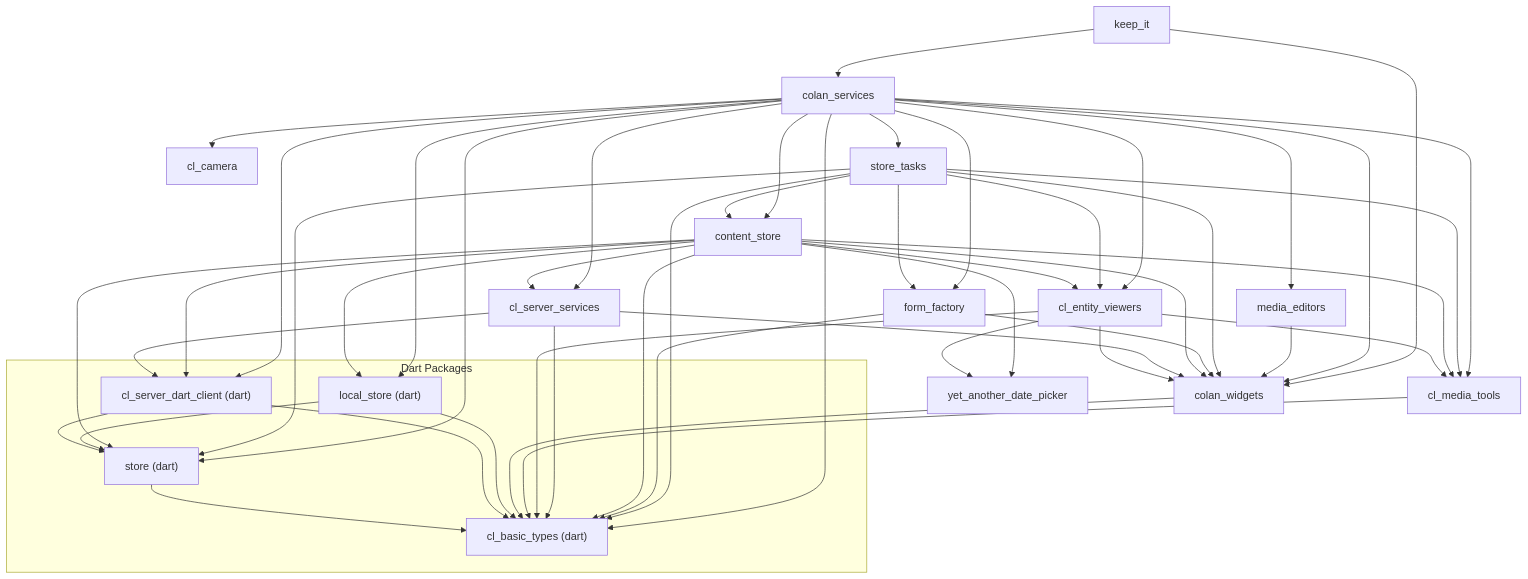
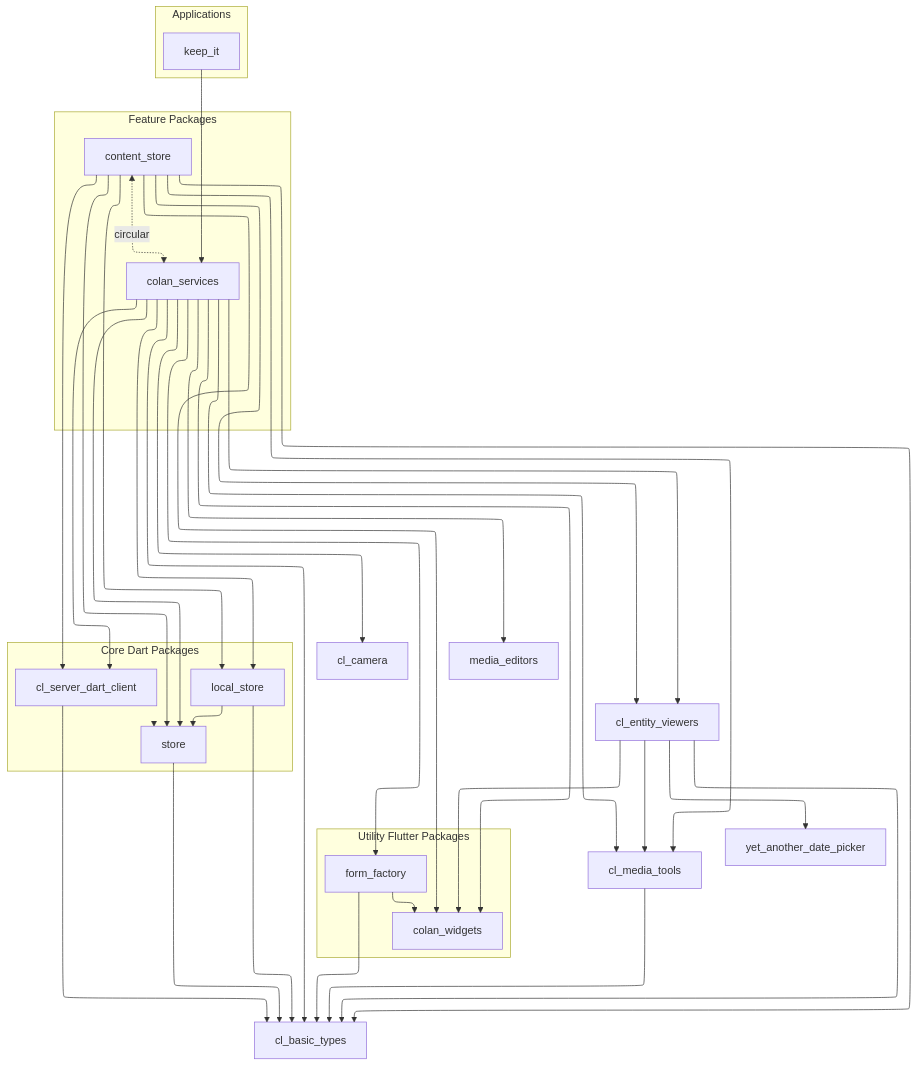
One commit to cloudonlanapps/keep_it_package changed the diagram in docs/keep_it_graph.mmd. Above: the diagram before and after it, drawn with Mermaid.

Commit message:
update graph,

```diff
--- a/docs/keep_it_graph.mmd
+++ b/docs/keep_it_graph.mmd
@@ -1,89 +1,90 @@
+%%{init: {'flowchart': {'defaultRenderer': 'elk'}} }%%
 graph TD
-    subgraph "Dart Packages"
-        dart_client["cl_server_dart_client (dart)"]
-        basic_types["cl_basic_types (dart)"]
-        store_base["store (dart)"]
-        local_store["local_store (dart)"]
+     basic_types["cl_basic_types"]
+    subgraph "Core Dart Packages"
+       
+        store["store"]
+        dart_client["cl_server_dart_client"]
+        local_store["local_store"]
     end
 
-    %% Utility Packages
-    widgets["colan_widgets"]
+    subgraph "Utility Flutter Packages"
+        colan_widgets["colan_widgets"]
+        
+        
+        
+        form_factory["form_factory"]
+        
+    end
+
+    subgraph "Feature Packages"
+        
+        content_store["content_store"]
+        services["colan_services"]
+    end
+
+    subgraph "Applications"
+        keep_it["keep_it"]
+       %%  face_it["face_it_desktop"]
+    end
+    camera["cl_camera"]
+    media_editors["media_editors"]
+    entity_viewers["cl_entity_viewers"]
     media_tools["cl_media_tools"]
-    camera["cl_camera"]
     date_picker["yet_another_date_picker"]
-    form_factory["form_factory"]
-    entity_viewers["cl_entity_viewers"]
-    
-    %% Intermediate Packages
-    cl_server_services["cl_server_services"]
-    content_store["content_store"]
-    store_tasks["store_tasks"]
-    media_editors["media_editors"]
-    services["colan_services"]
 
-    %% Apps
-    keep_it["keep_it"]
 
-    %% Dependencies
-    %% cl_basic_types has no local dependencies
+    %% Core Dependencies
+    store --> basic_types
+    dart_client --> basic_types
+    dart_client --> store
+    local_store --> basic_types
+    local_store --> store
 
-    store_base --> basic_types
+    %% Utility Dependencies
+    media_tools --> basic_types
+    form_factory --> basic_types
+    form_factory --> colan_widgets
 
-    dart_client --> basic_types
-    dart_client --> store_base
-
-    local_store --> basic_types
-    local_store --> store_base
-
-    widgets --> basic_types
-
-    media_tools --> basic_types
-
+    %% Feature Dependencies
     entity_viewers --> basic_types
     entity_viewers --> media_tools
-    entity_viewers --> widgets
+    entity_viewers --> colan_widgets
     entity_viewers --> date_picker
 
-    cl_server_services --> basic_types
-    cl_server_services --> dart_client
-    cl_server_services --> widgets
-
+    %% content_store Dependencies
     content_store --> basic_types
     content_store --> entity_viewers
     content_store --> media_tools
     content_store --> dart_client
-    content_store --> cl_server_services
-    content_store --> widgets
+    content_store --> colan_widgets
     content_store --> local_store
-    content_store --> store_base
-    content_store --> date_picker
-
-    form_factory --> basic_types
-    form_factory --> widgets
-
-    store_tasks --> basic_types
-    store_tasks --> entity_viewers
-    store_tasks --> media_tools
-    store_tasks --> widgets
-    store_tasks --> content_store
-    store_tasks --> form_factory
-    store_tasks --> store_base
-
-    media_editors --> widgets
-
+    content_store --> store
+    
+    
+    %% colan_services Dependencies
     services --> basic_types
     services --> camera
     services --> entity_viewers
     services --> media_tools
     services --> dart_client
-    services --> cl_server_services
-    services --> widgets
-    services --> content_store
+    services --> colan_widgets
     services --> form_factory
     services --> local_store
     services --> media_editors
-    services --> store_base
-    services --> store_tasks
+    services --> store
 
+    %% Circular Dependency Note
+    content_store <-. circular .-> services
+
+    %% App Dependencies
     keep_it --> services
-    keep_it --> widgets
+   
+
+    %% face_it --> basic_types
+    %% face_it --> services
+    %% face_it --> colan_widgets
+    %% face_it --> content_store
+    %% face_it --> store
+
+    linkStyle 2 stroke-width:0px;
```
